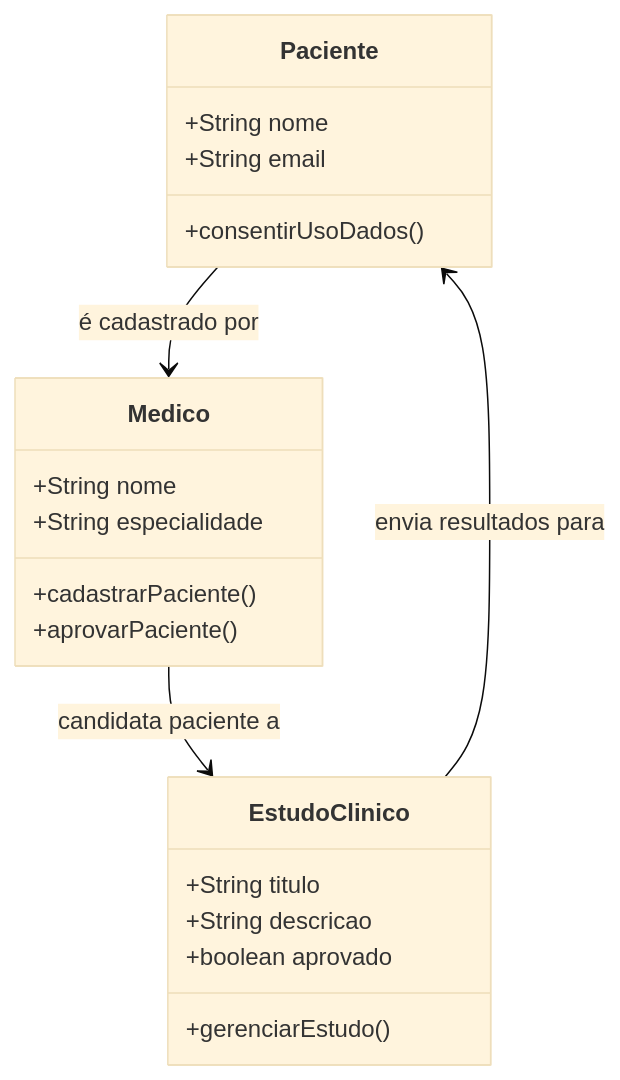
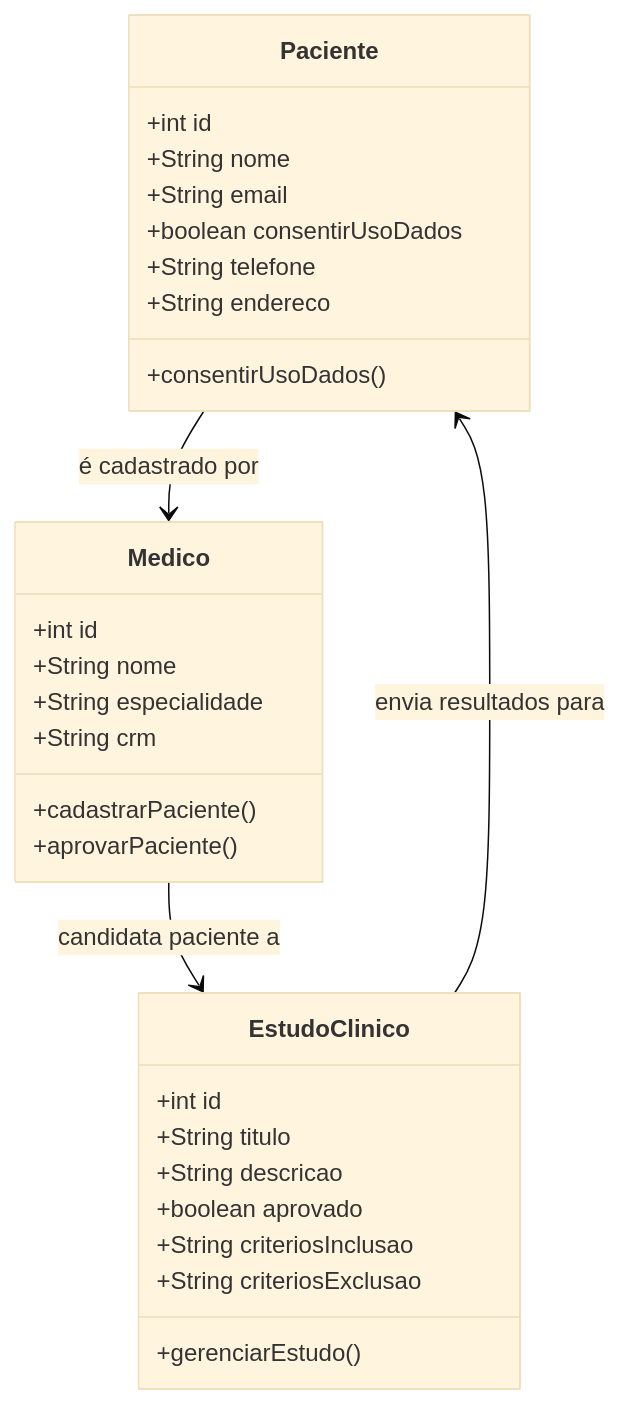
The fifth of 14 diagrams in README.md (andrefilipe1310/inovamed-), drawn with Mermaid (base theme) before and after one commit.

````diff
--- a/README.md
+++ b/README.md
@@ -123,26 +123,36 @@
 ```mermaid
 classDiagram
   class Paciente {
+    +int id
     +String nome
     +String email
+    +boolean consentirUsoDados
+    +String telefone
+    +String endereco
     +consentirUsoDados()
   }
   
   class Medico {
+    +int id
     +String nome
     +String especialidade
+    +String crm
     +cadastrarPaciente()
     +aprovarPaciente()
   }
 
   class EstudoClinico {
+    +int id
     +String titulo
     +String descricao
     +boolean aprovado
+    +String criteriosInclusao
+    +String criteriosExclusao
     +gerenciarEstudo()
   }
   
   Paciente --> Medico : é cadastrado por
   Medico --> EstudoClinico : candidata paciente a
   EstudoClinico --> Paciente : envia resultados para
+
 ```
````
